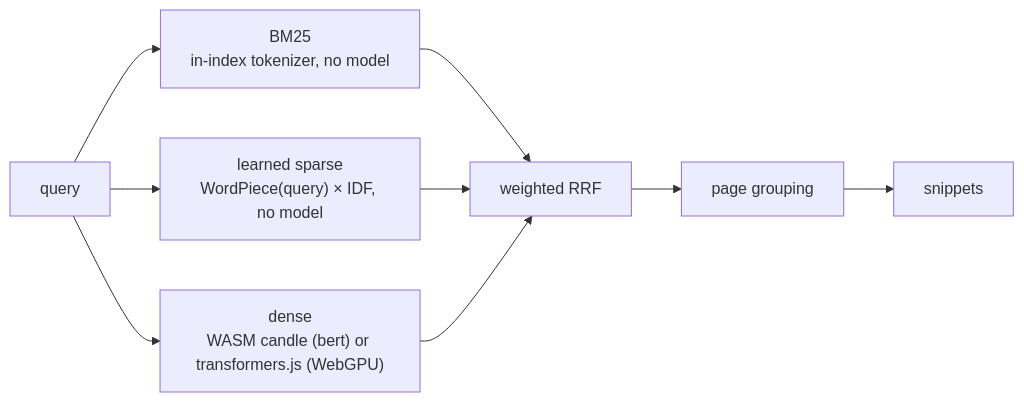
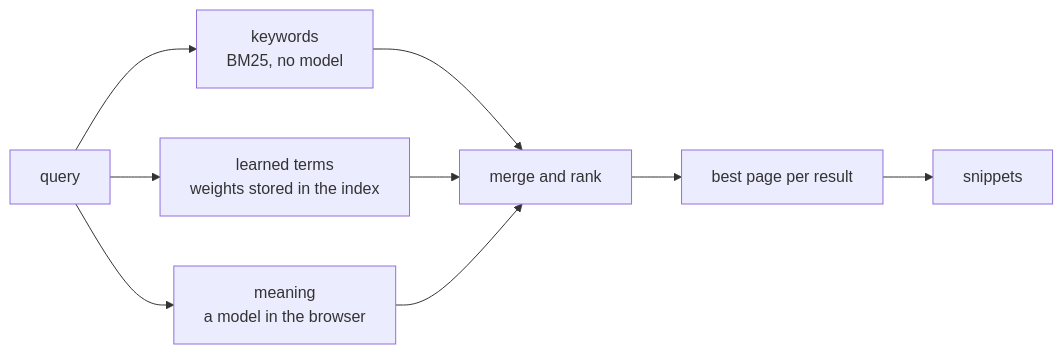
The diagram in README.md (jt55401/eddie), drawn with Mermaid before and after one commit. The commit also changed other lines of this file and 6 other files, not shown here.

````diff
--- a/README.md
+++ b/README.md
@@ -58,11 +78,11 @@
 ```mermaid
 flowchart LR
-  Q[query] --> B["BM25<br/>in-index tokenizer, no model"]
-  Q --> S["learned sparse<br/>WordPiece(query) × IDF, no model"]
-  Q --> D["dense<br/>WASM candle (bert) or transformers.js (WebGPU)"]
-  B --> R[weighted RRF]
+  Q[query] --> B["keywords<br/>BM25, no model"]
+  Q --> S["learned terms<br/>weights stored in the index"]
+  Q --> D["meaning<br/>a model in the browser"]
+  B --> R[merge and rank]
   S --> R
   D --> R
-  R --> G[page grouping]
+  R --> G[best page per result]
   G --> N[snippets]
 ```
````
